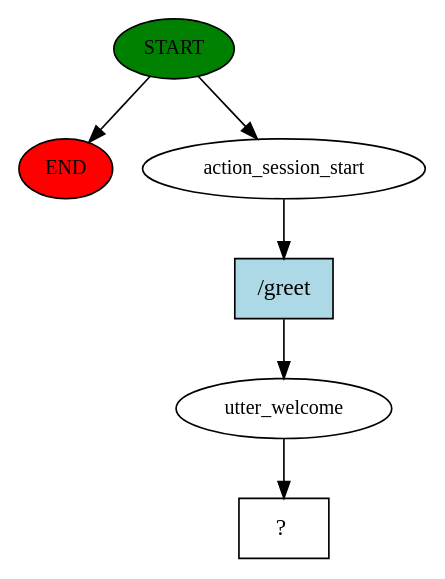
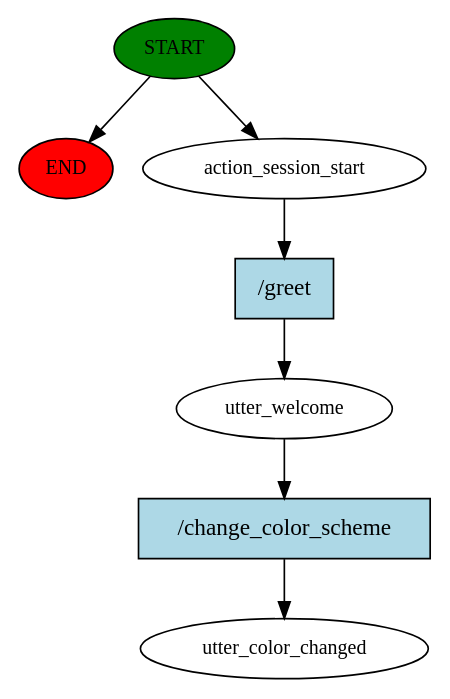
One commit to ProjectSciFy/Storytime changed the diagram in rasa/story_graph.dot. Above: the diagram before and after it, drawn with Graphviz. The commit also changed 137 other files, not shown here.

```diff
--- a/rasa/story_graph.dot
+++ b/rasa/story_graph.dot
@@ -1,13 +1,15 @@
 digraph  {
 0 [class="start active", fillcolor=green, fontsize=12, label=START, style=filled];
 "-1" [class=end, fillcolor=red, fontsize=12, label=END, style=filled];
 1 [class=active, fontsize=12, label=action_session_start];
 2 [class=active, fontsize=12, label=utter_welcome];
-3 [class="intent dashed active", label="  ?  ", shape=rect];
+3 [class="dashed active", fontsize=12, label=utter_color_changed];
 4 [class="intent active", fillcolor=lightblue, label="/greet", shape=rect, style=filled];
+5 [class="intent active", fillcolor=lightblue, label="/change_color_scheme", shape=rect, style=filled];
 0 -> "-1"  [class="", key=NONE, label=""];
 0 -> 1  [class=active, key=NONE, label=""];
 1 -> 4  [class=active, key=0];
-2 -> 3  [class=active, key=NONE, label=""];
+2 -> 5  [class=active, key=0];
 4 -> 2  [class=active, key=0];
+5 -> 3  [class=active, key=0];
 }
```
